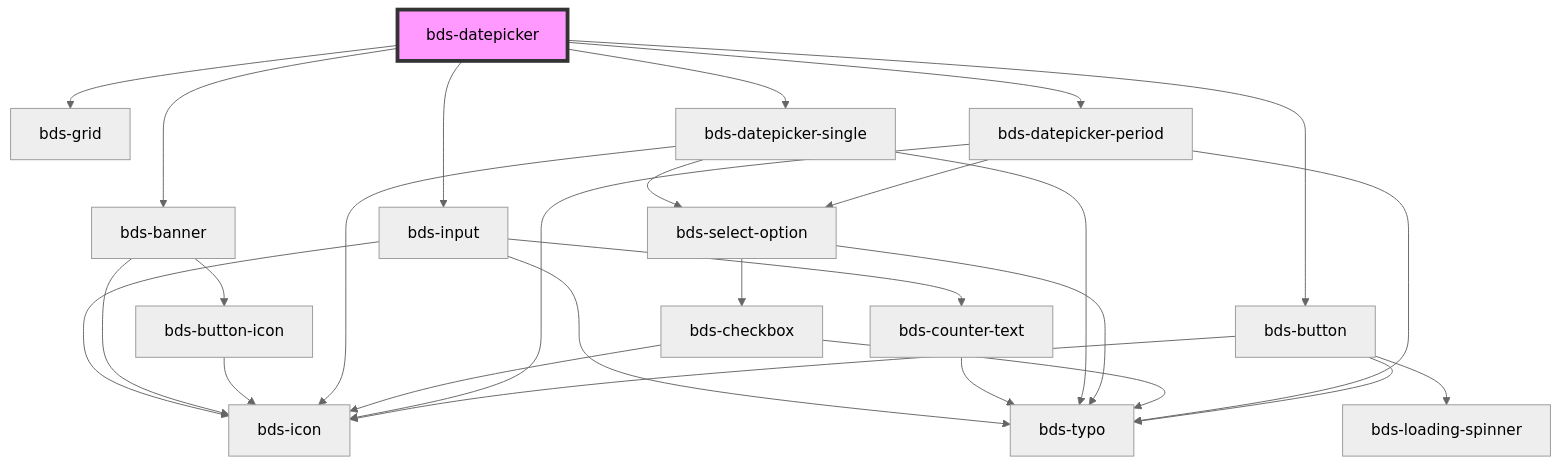
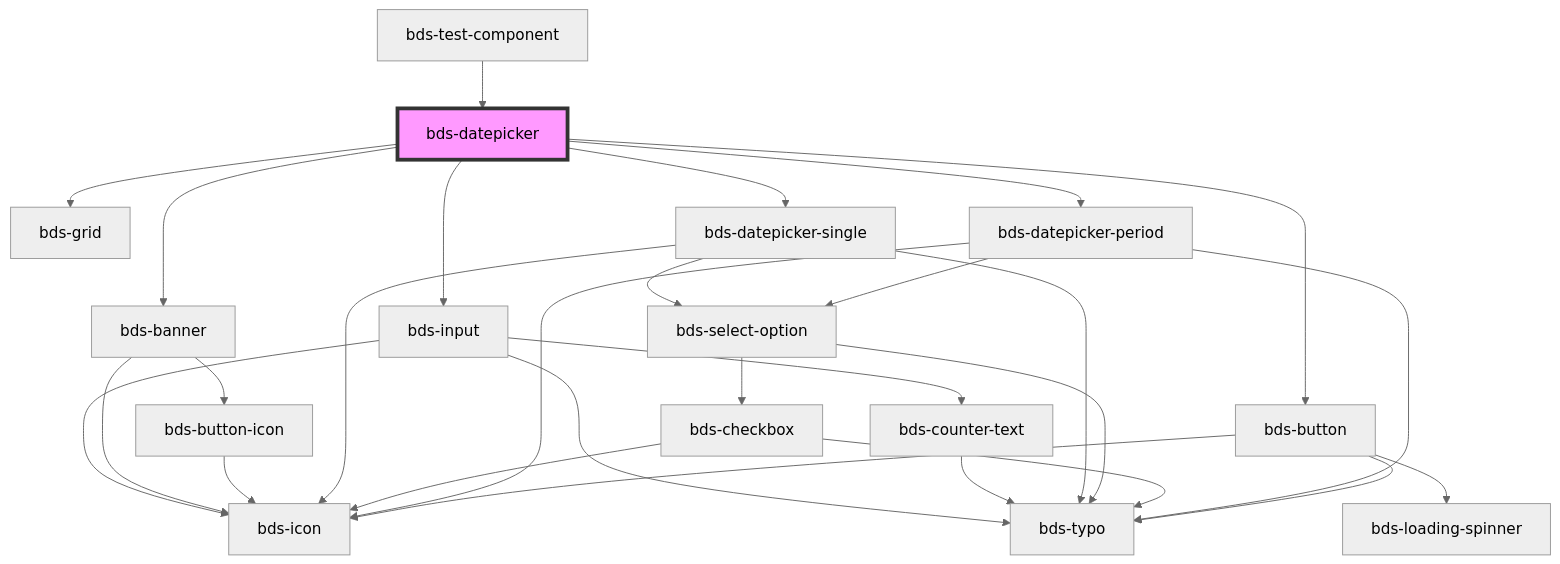
One commit to takenet/blip-ds changed the diagram in src/components/datepicker/readme.md. Above: the diagram before and after it, drawn with Mermaid (neutral theme). The commit also changed other lines of this file and 8 other files, not shown here.

````diff
--- a/src/components/datepicker/readme.md
+++ b/src/components/datepicker/readme.md
@@ -54,30 +58,31 @@
 ```mermaid
 graph TD;
   bds-datepicker --> bds-input
   bds-datepicker --> bds-grid
   bds-datepicker --> bds-banner
   bds-datepicker --> bds-datepicker-single
   bds-datepicker --> bds-datepicker-period
   bds-datepicker --> bds-button
   bds-input --> bds-icon
   bds-input --> bds-typo
   bds-input --> bds-counter-text
   bds-counter-text --> bds-typo
   bds-banner --> bds-icon
   bds-banner --> bds-button-icon
   bds-button-icon --> bds-icon
   bds-datepicker-single --> bds-typo
   bds-datepicker-single --> bds-icon
   bds-datepicker-single --> bds-select-option
   bds-select-option --> bds-typo
   bds-select-option --> bds-checkbox
   bds-checkbox --> bds-icon
   bds-checkbox --> bds-typo
   bds-datepicker-period --> bds-typo
   bds-datepicker-period --> bds-icon
   bds-datepicker-period --> bds-select-option
   bds-button --> bds-loading-spinner
   bds-button --> bds-icon
   bds-button --> bds-typo
+  bds-test-component --> bds-datepicker
   style bds-datepicker fill:#f9f,stroke:#333,stroke-width:4px
 ```
````
